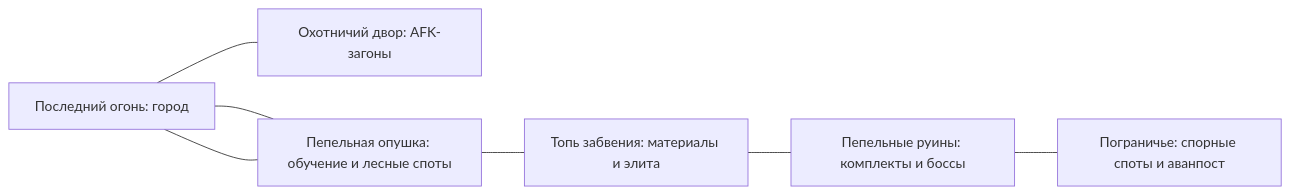
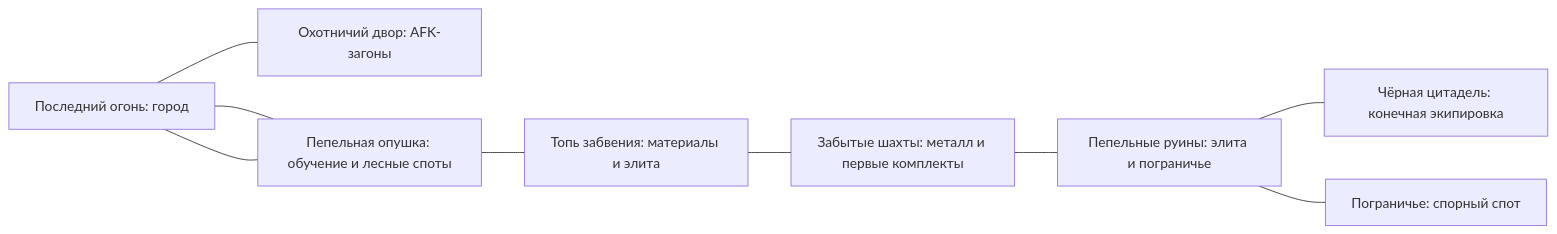
One commit to igorbilogubov/AshenFrontier changed the diagram in GAME_DESIGN.md. Above: the diagram before and after it, drawn with Mermaid. The commit also changed other lines of this file and 8 other files, not shown here.

````diff
--- a/GAME_DESIGN.md
+++ b/GAME_DESIGN.md
@@ -41,9 +43,11 @@
 ```mermaid
 flowchart LR
     City[Последний огонь: город] --- Yard[Охотничий двор: AFK-загоны]
     City --- Forest[Пепельная опушка: обучение и лесные споты]
     Forest --- Swamp[Топь забвения: материалы и элита]
-    Swamp --- Ruins[Пепельные руины: комплекты и боссы]
-    Ruins --- Frontier[Пограничье: спорные споты и аванпост]
+    Swamp --- Mines[Забытые шахты: металл и первые комплекты]
+    Mines --- Ruins[Пепельные руины: элита и пограничье]
+    Ruins --- Citadel[Чёрная цитадель: конечная экипировка]
+    Ruins --- Frontier[Пограничье: спорный спот]
     Forest --- City
 ```
````
